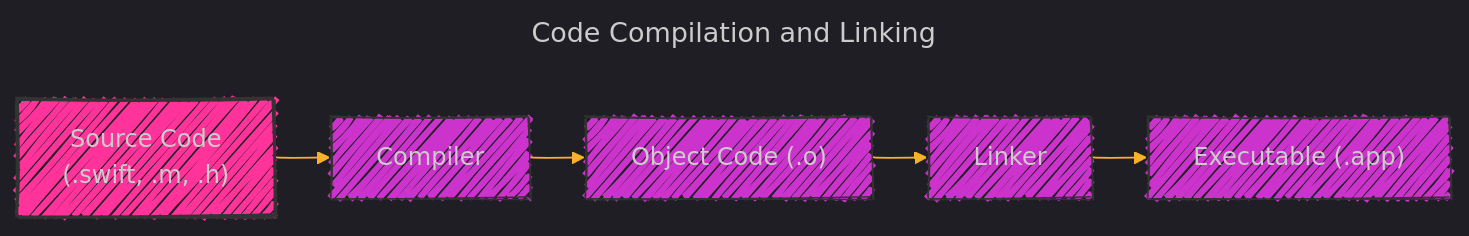
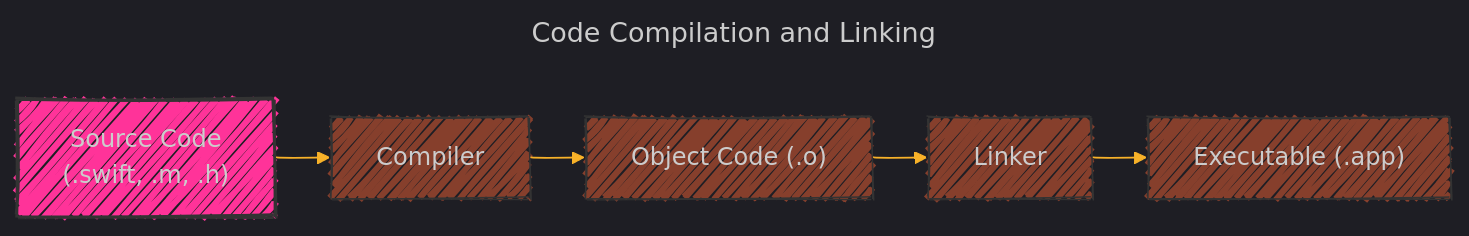
Before and after one commit to CongLeSolutionX/Metal-Primitives: the eighth of 8 diagrams in Documentation_Consolidated_Version_Draft_2.md, drawn with Mermaid. The commit also changed other lines of this file, not shown here.

````diff
--- a/Documentation_Consolidated_Version_Draft_2.md
+++ b/Documentation_Consolidated_Version_Draft_2.md
@@ -533,34 +533,34 @@
 ```mermaid
 ---
 title: Code Compilation and Linking
 config:
   layout: elk
   look: handDrawn
   theme: dark
 ---
 %%{
   init: {
     'fontFamily': 'verdana',
     'themeVariables': {
       'primaryColor': '#BB2528',
       'primaryTextColor': '#f529',
       'primaryBorderColor': '#7C0000',
       'lineColor': '#F8B229',
       'secondaryColor': '#006100',
       'tertiaryColor': '#fff'
     }
   }
 }%%
 graph LR
     A["Source Code<br>(.swift, .m, .h)"] --> B["Compiler"]
     B --> C["Object Code (.o)"]
     C --> D["Linker"]
     D --> E["Executable (.app)"]
 
     style A fill:#f39f,stroke:#333,stroke-width:2px
-    style B fill:#c3cf,stroke:#333,stroke-width:1px
-    style C fill:#c3cf,stroke:#333,stroke-width:1px
-    style D fill:#c3cf,stroke:#333,stroke-width:1px
-    style E fill:#c3cf,stroke:#333,stroke-width:1px
+    style B fill:#c539,stroke:#333,stroke-width:1px
+    style C fill:#c539,stroke:#333,stroke-width:1px
+    style D fill:#c539,stroke:#333,stroke-width:1px
+    style E fill:#c539,stroke:#333,stroke-width:1px
     
 ```
````
